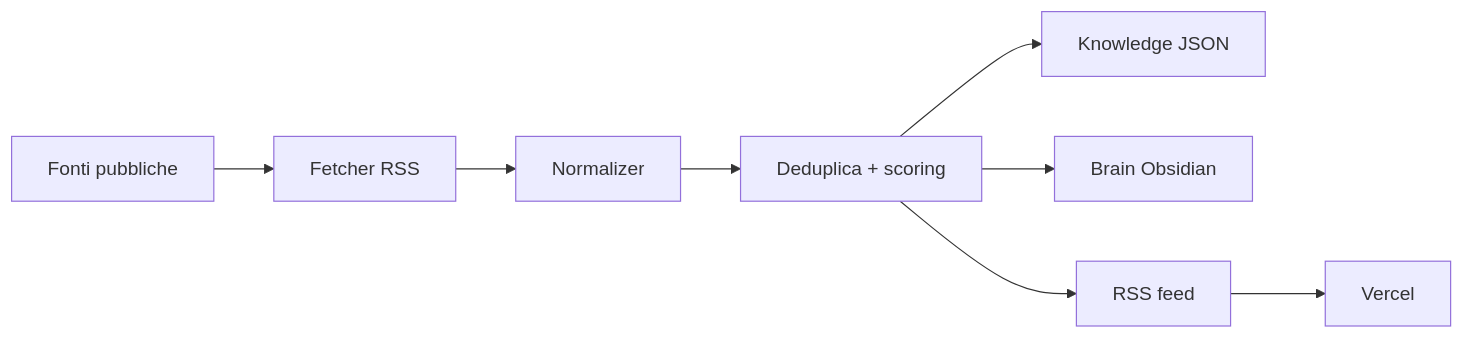
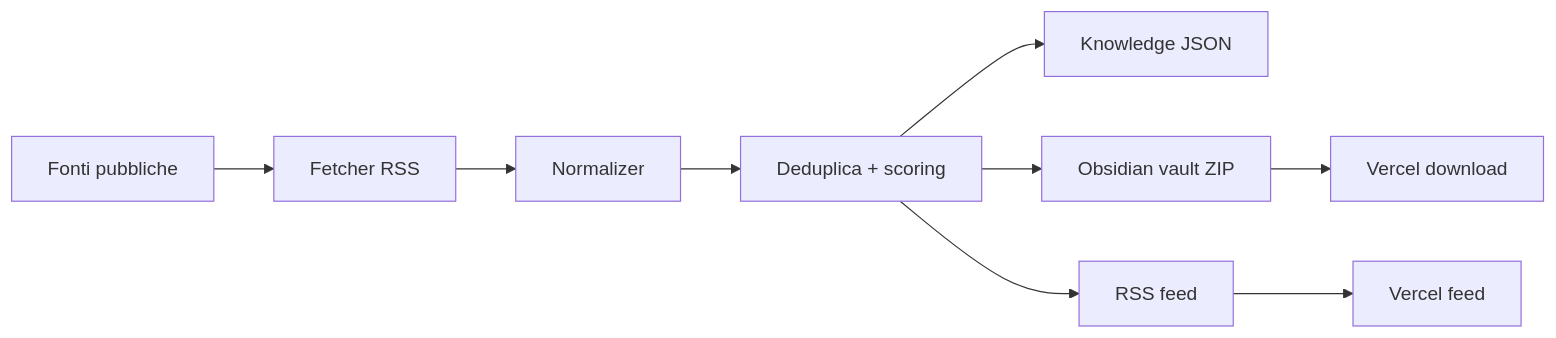
Before and after one commit to mikeminer/RAGOSINT: the diagram in README.md, drawn with Mermaid. The commit also changed other lines of this file and 7 other files, not shown here.

Commit message:
Add downloadable Obsidian brain vaults

````diff
--- a/README.md
+++ b/README.md
@@ -42,10 +57,11 @@
 ```mermaid
 flowchart LR
   A[Fonti pubbliche] --> B[Fetcher RSS]
   B --> C[Normalizer]
   C --> D[Deduplica + scoring]
   D --> E[Knowledge JSON]
-  D --> F[Brain Obsidian]
+  D --> F[Obsidian vault ZIP]
   D --> G[RSS feed]
-  G --> H[Vercel]
+  F --> H[Vercel download]
+  G --> I[Vercel feed]
 ```
````
